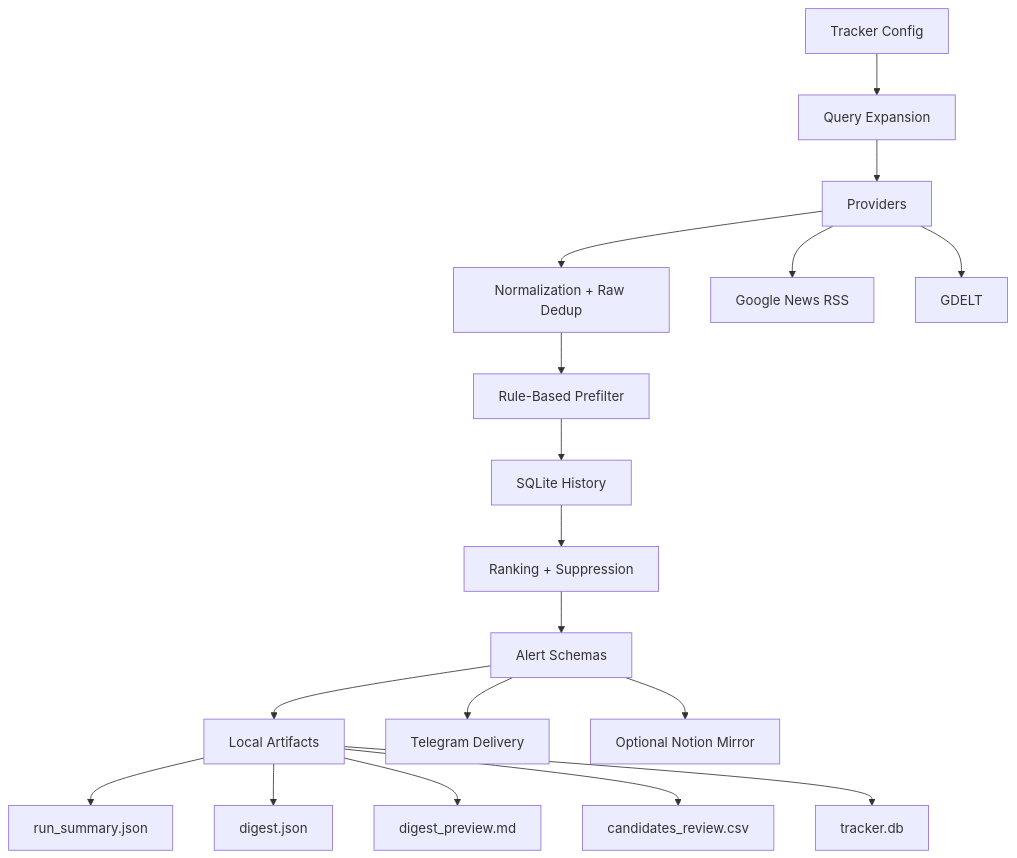
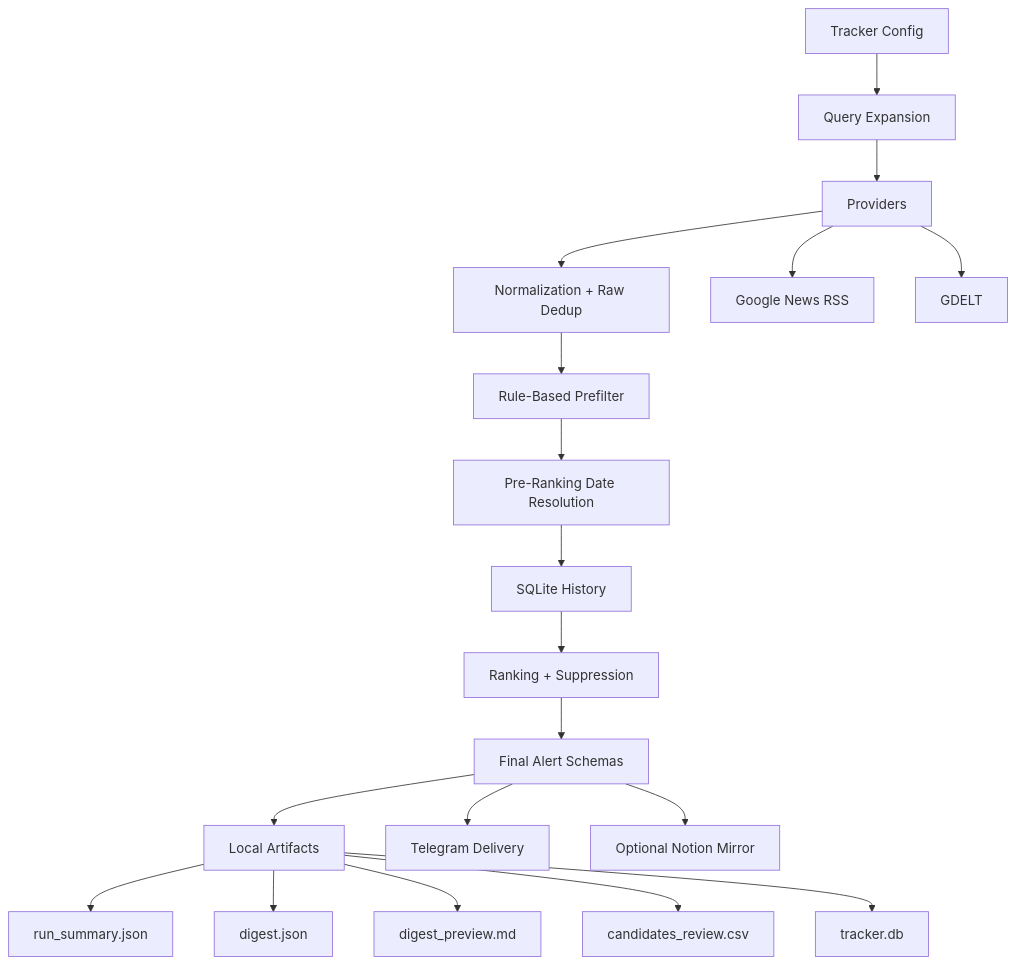
The diagram in docs/architecture.md (avorash11-maker/indrive_feedback), drawn with Mermaid before and after one commit. The commit also changed other lines of this file and 15 other files, not shown here.

Commit message:
Refactor publication date resolution pipeline

````diff
--- a/docs/architecture.md
+++ b/docs/architecture.md
@@ -92,22 +90,23 @@
 ```mermaid
 graph TD
     A[Tracker Config] --> B[Query Expansion]
     B --> C[Providers]
     C --> D[Normalization + Raw Dedup]
     D --> E[Rule-Based Prefilter]
-    E --> F[SQLite History]
-    F --> G[Ranking + Suppression]
-    G --> H[Alert Schemas]
-    H --> I[Local Artifacts]
-    H --> J[Telegram Delivery]
-    H --> K[Optional Notion Mirror]
+    E --> F[Pre-Ranking Date Resolution]
+    F --> G[SQLite History]
+    G --> H[Ranking + Suppression]
+    H --> I[Final Alert Schemas]
+    I --> J[Local Artifacts]
+    I --> K[Telegram Delivery]
+    I --> L[Optional Notion Mirror]
 
     C --> C1[Google News RSS]
     C --> C2[GDELT]
 
-    I --> I1[run_summary.json]
-    I --> I2[digest.json]
-    I --> I3[digest_preview.md]
-    I --> I4[candidates_review.csv]
-    I --> I5[tracker.db]
+    J --> J1[run_summary.json]
+    J --> J2[digest.json]
+    J --> J3[digest_preview.md]
+    J --> J4[candidates_review.csv]
+    J --> J5[tracker.db]
 ```
````
